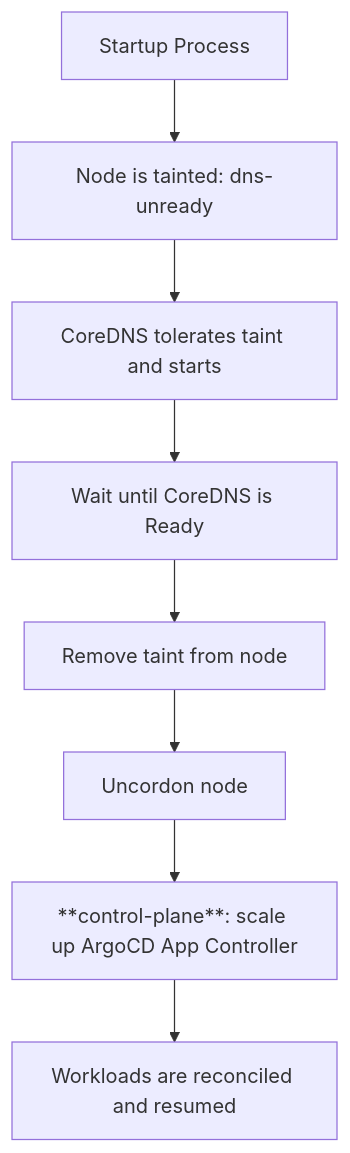
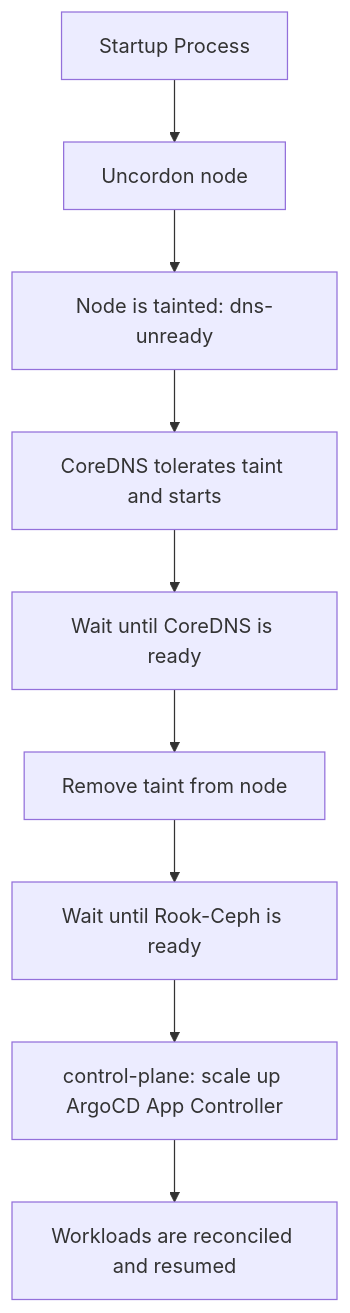
One commit to Schwitzd/IaC-HomeK3s changed the third of 3 diagrams in README.md. Above: the diagram before and after it, drawn with Mermaid. The commit also changed other lines of this file, not shown here.

````diff
--- a/README.md
+++ b/README.md
@@ -438,13 +441,14 @@
 ```mermaid
 flowchart TD
   S1[Startup Process]
-  S2[Node is tainted: dns-unready]
-  S3[CoreDNS tolerates taint and starts]
-  S4[Wait until CoreDNS is Ready]
-  S5[Remove taint from node]
-  S6[Uncordon node]
-  S7[**control-plane**: scale up ArgoCD App Controller]
-  S8[Workloads are reconciled and resumed]
+  S2[Uncordon node]
+  S3[Node is tainted: dns-unready]
+  S4[CoreDNS tolerates taint and starts]
+  S5[Wait until CoreDNS is ready]
+  S6[Remove taint from node]
+  S7[Wait until Rook-Ceph is ready]
+  S8[control-plane: scale up ArgoCD App Controller]
+  S9[Workloads are reconciled and resumed]
 
-  S1 --> S2 --> S3 --> S4 --> S5 --> S6 --> S7 --> S8
+  S1 --> S2 --> S3 --> S4 --> S5 --> S6 --> S7 --> S8 --> S9
 ```
````
